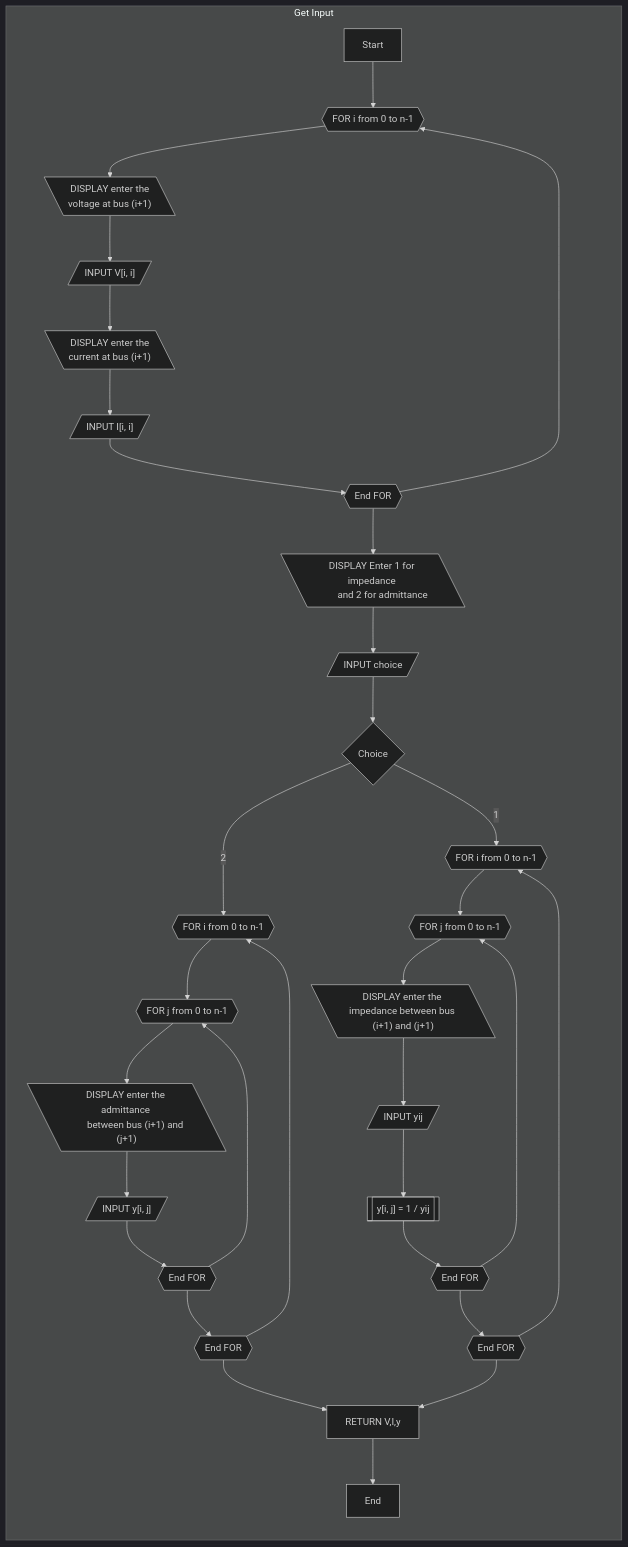
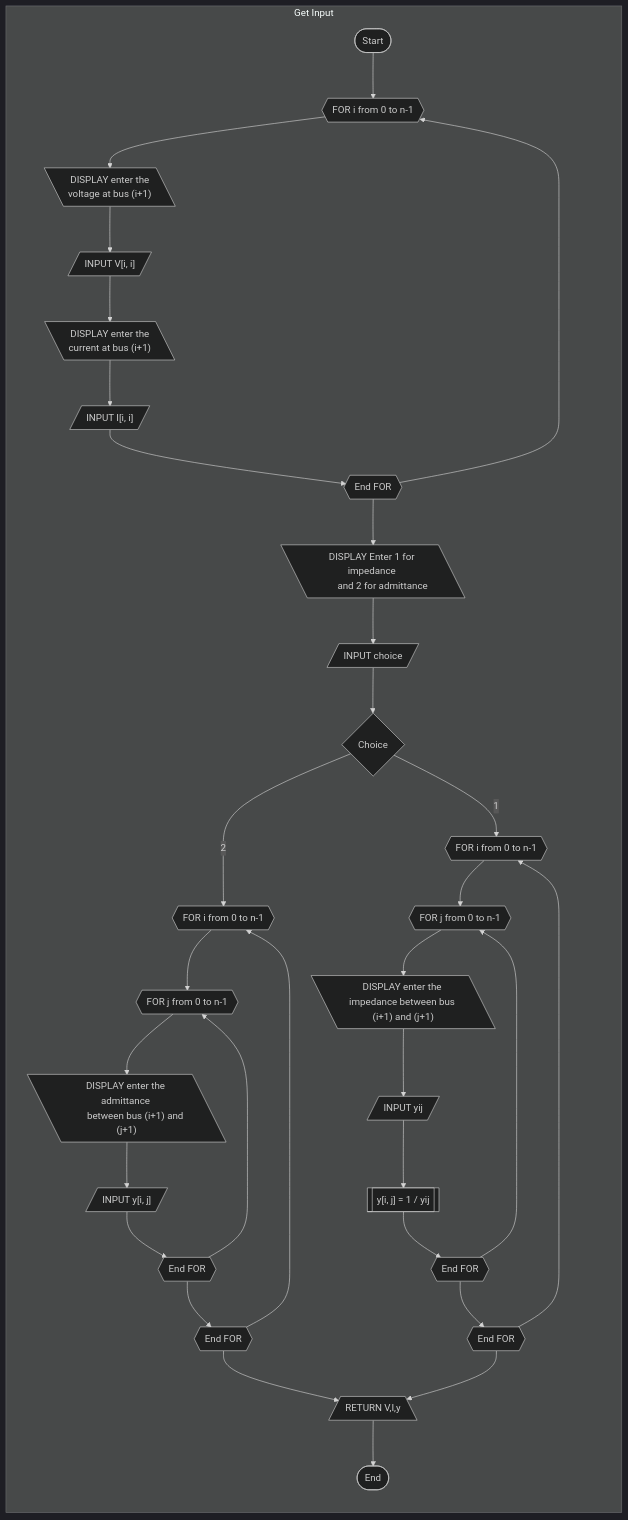
Before and after one commit to Sree2011/flowcharts-load-flow-analysis: the first of 4 diagrams in line-flows-and-losses.md, drawn with Mermaid (dark theme). The commit also changed other lines of this file, not shown here.

Commit message:
Refactor flowchart nodes to use parentheses for improved clarity and consistency

```diff
--- a/line-flows-and-losses.md
+++ b/line-flows-and-losses.md
@@ -10,41 +10,41 @@
 <pre class="mermaid">
 graph LR
     subgraph "Get Input"
         direction TB
-        K[Start]
+        K([Start])
         K --> L[FOR i from 0 to n-1]@{shape: hex}
         L --> M["DISPLAY enter the 
         voltage at bus (i+1)"]@{shape: lean-left}
         M --> N["INPUT V[i, i]"]@{shape: lean-right}
         N --> O["DISPLAY enter the 
         current at bus (i+1)"]@{shape: lean-left}
         O --> P["INPUT I[i, i]"]@{shape: lean-right}
         P --> Q[End FOR]@{shape: hex}
         Q --> L
         Q --> R["DISPLAY Enter 1 for impedance 
         and 2 for admittance"]@{shape: lean-left}
         R --> S[INPUT choice]@{shape: lean-right}
         S --> S1[Choice]@{shape: diam}
         S1 --> |1| T[FOR i from 0 to n-1]@{shape: hex}
         T --> U[FOR j from 0 to n-1]@{shape: hex}
         U --> V["DISPLAY enter the impedance between bus (i+1) and (j+1)"]@{shape: lean-left}
         V --> W[INPUT yij]@{shape: lean-right}
         W --> X[["y[i, j] = 1 / yij"]]
         X --> Y[End FOR]@{shape: hex}
         Y --> U
         Y --> Z[End FOR]@{shape: hex}
         Z --> T
         S1 --> |2| BB[FOR i from 0 to n-1]@{shape: hex}
         BB --> CC[FOR j from 0 to n-1]@{shape: hex}
         CC --> DD["DISPLAY enter the admittance 
         between bus (i+1) and (j+1)"]@{shape: lean-left}
         DD --> EE["INPUT y[i, j]"]@{shape: lean-right}
         EE --> FF[End FOR]@{shape: hex}
         FF --> CC
         FF --> GG[End FOR]@{shape: hex}
         GG --> BB
-        GG --> II[RETURN V,I,y]
+        GG --> II[/RETURN V,I,y\]
         Z --> II
-        II --> JJ[End]
+        II --> JJ([End])
     end
 </pre>
```
